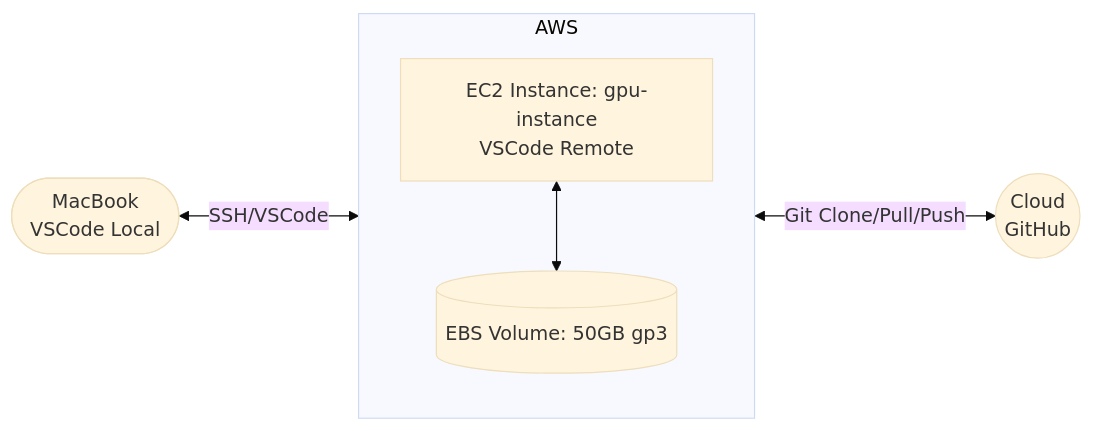
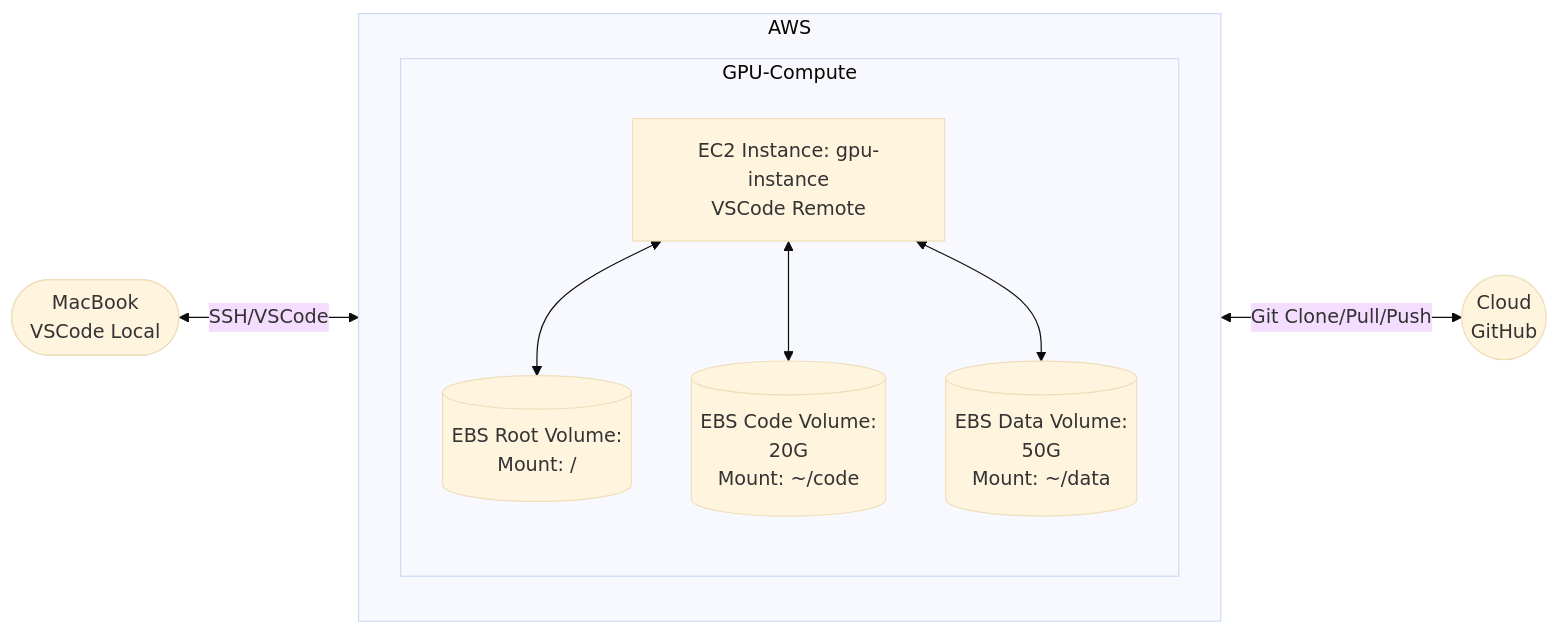
Before and after one commit to jimthompson5802/aws: the diagram in README_EXAMPLE_USAGE.md, drawn with Mermaid (base theme). The commit also changed other lines of this file and 14 other files, not shown here.

````diff
--- a/README_EXAMPLE_USAGE.md
+++ b/README_EXAMPLE_USAGE.md
@@ -135,14 +148,20 @@
 ```mermaid
 flowchart LR
     MacBook([MacBook<br/>VSCode Local])
-
     subgraph AWS
         direction TB
-        EC2[EC2 Instance: gpu-instance<br/>VSCode Remote]
-        EBS[(EBS Volume: 50GB gp3)]
-        EC2 <--> EBS
+        subgraph GPU-Compute
+            direction TB
+            EC2GPU[EC2 Instance: gpu-instance<br/>VSCode Remote]
+            EBS2R[(EBS Root Volume: <br/>  Mount: /)]
+            EBS2C[(EBS Code Volume: <br/> 20G <br/> Mount: ~/code)]
+            EBS2D[(EBS Data Volume: <br/> 50G <br/> Mount: ~/data)]
+            EC2GPU <--> EBS2R
+            EC2GPU <--> EBS2C
+            EC2GPU <--> EBS2D
+        end
     end
 
     MacBook -- SSH/VSCode <--> AWS
     AWS -- Git Clone/Pull/Push <--> Github((Cloud<br/>GitHub))
 ```
````
